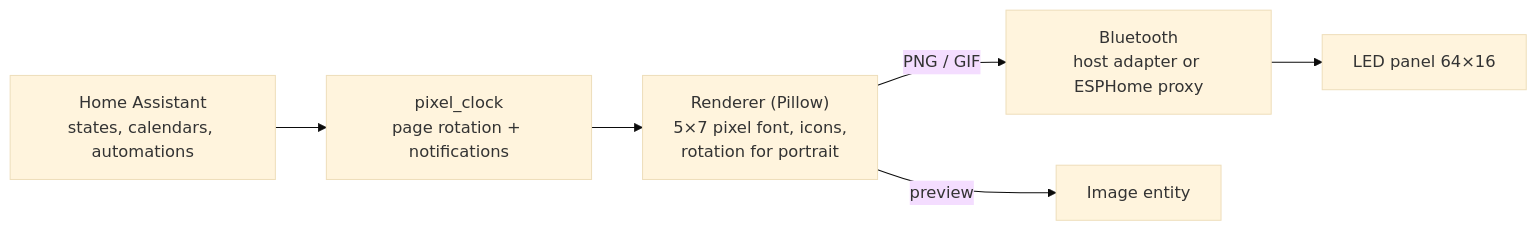
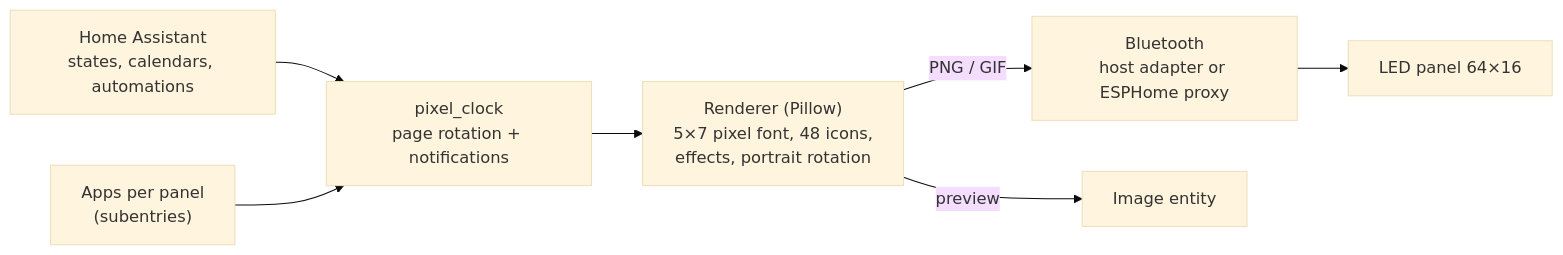
Before and after one commit to dominguez-posh/ha-pixelclock: the diagram in README.md, drawn with Mermaid (base theme). The commit also changed other lines of this file and 3 other files, not shown here.

Commit message:
Docs: clock with seconds, upload and flow control, apps in the diagram; version 0.2.0

````diff
--- a/README.md
+++ b/README.md
@@ -159,8 +160,9 @@
 ```mermaid
 flowchart LR
   HA["Home Assistant<br/>states, calendars, automations"] --> C["pixel_clock<br/>page rotation + notifications"]
-  C --> R["Renderer (Pillow)<br/>5×7 pixel font, icons,<br/>rotation for portrait"]
+  A["Apps per panel<br/>(subentries)"] --> C
+  C --> R["Renderer (Pillow)<br/>5×7 pixel font, 48 icons,<br/>effects, portrait rotation"]
   R -->|PNG / GIF| B["Bluetooth<br/>host adapter or ESPHome proxy"]
   B --> P["LED panel 64×16"]
   R -->|preview| I["Image entity"]
 ```
````
